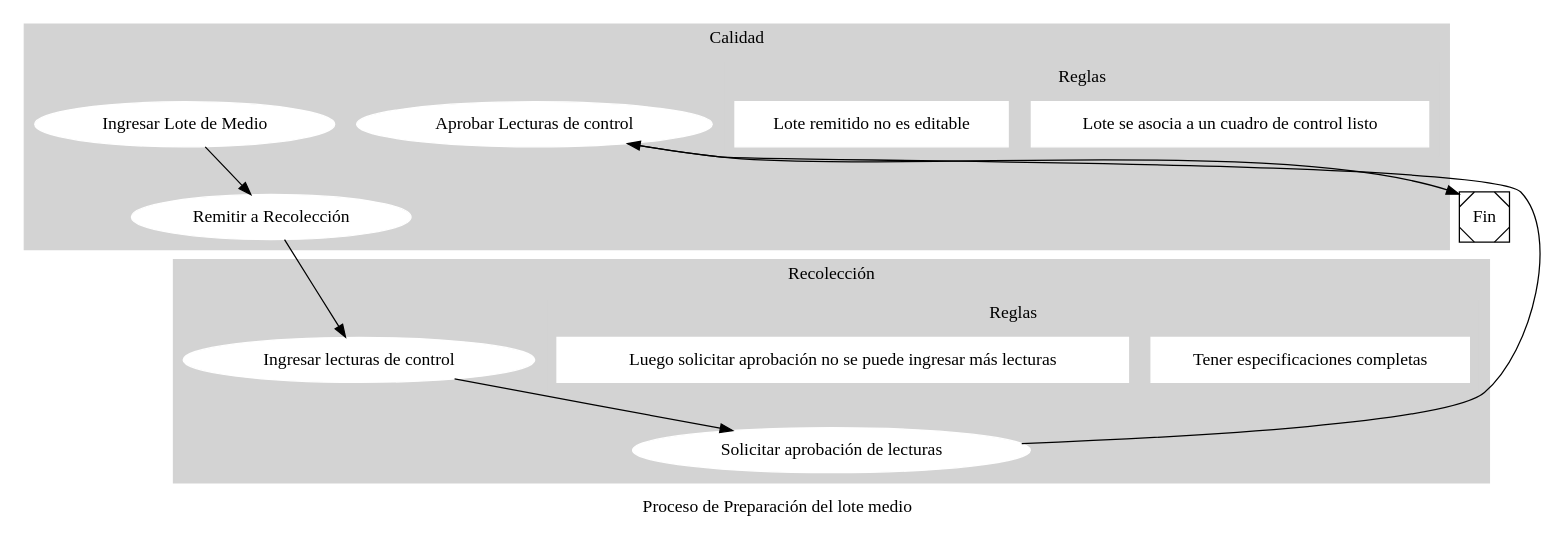
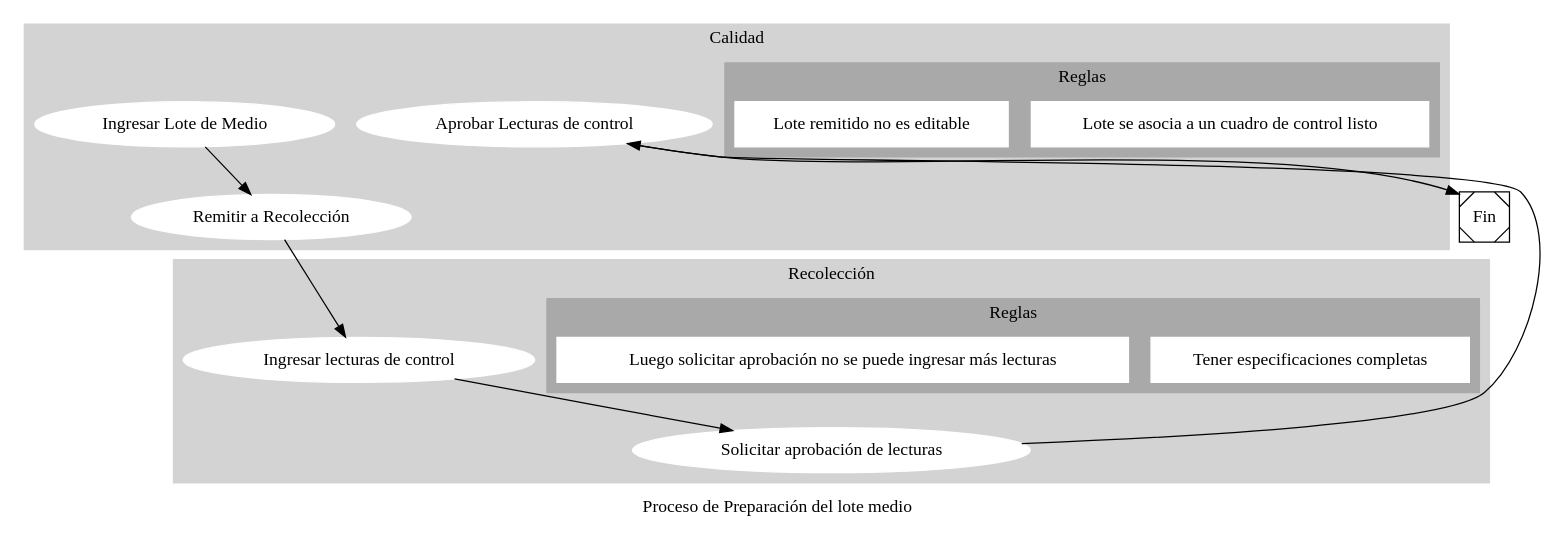
Before and after one commit to jonathanahumada/rodam_documentacion: the diagram in docs/source/procesos/preparacion_del_lote_de_medio.dot, drawn with Graphviz. The commit also changed 5 other files, not shown here.

```diff
--- a/docs/source/procesos/preparacion_del_lote_de_medio.dot
+++ b/docs/source/procesos/preparacion_del_lote_de_medio.dot
@@ -1,62 +1,64 @@
 digraph G {
    label="Proceso de Preparación del lote medio"
   subgraph cluster_0 {
     
     style=filled;
     color=lightgrey;
     node [style=filled,color=white];
     a0 [label="Ingresar Lote de Medio"]
     a1 [label="Remitir a Recolección"]
     a2 [label="Aprobar Lecturas de control"]
     a0 ->   a1 ;
     label = "Calidad";
     
       subgraph cluster_reglas_calidad {
         label="Reglas"
+	color=darkgray;
  
     node [style=filled,color=white, shape=ssquare, ];
     r0  [label="Lote se asocia a un cuadro de control listo"]
     r2 [label="Lote remitido no es editable"]   
     
   
   }
   
   }
 
   subgraph cluster_1 {
     label = "Recolección";
     color=lightgrey
     style=filled;
     node [style=filled, color=white];
     
     b0 [label="Ingresar lecturas de control"]
     b1 [label="Solicitar aprobación de lecturas"]
     b0 -> b1;
     
 subgraph cluster_reglas_recoleccion {
         label="Reglas"
+		color=darkgray;	
  
     node [style=filled,color=white, shape=ssquare, ];
     r1 [label="Tener especificaciones completas"]
     r3 [label="Luego solicitar aprobación no se puede ingresar más lecturas"] 
     
   
   }
     
     
  
   }
   
   
   
   a1 -> b0
     b1 -> a2
   
 
 
   
   end [shape=Msquare, label="Fin"];
   
 
   a2 -> end
 }
```
